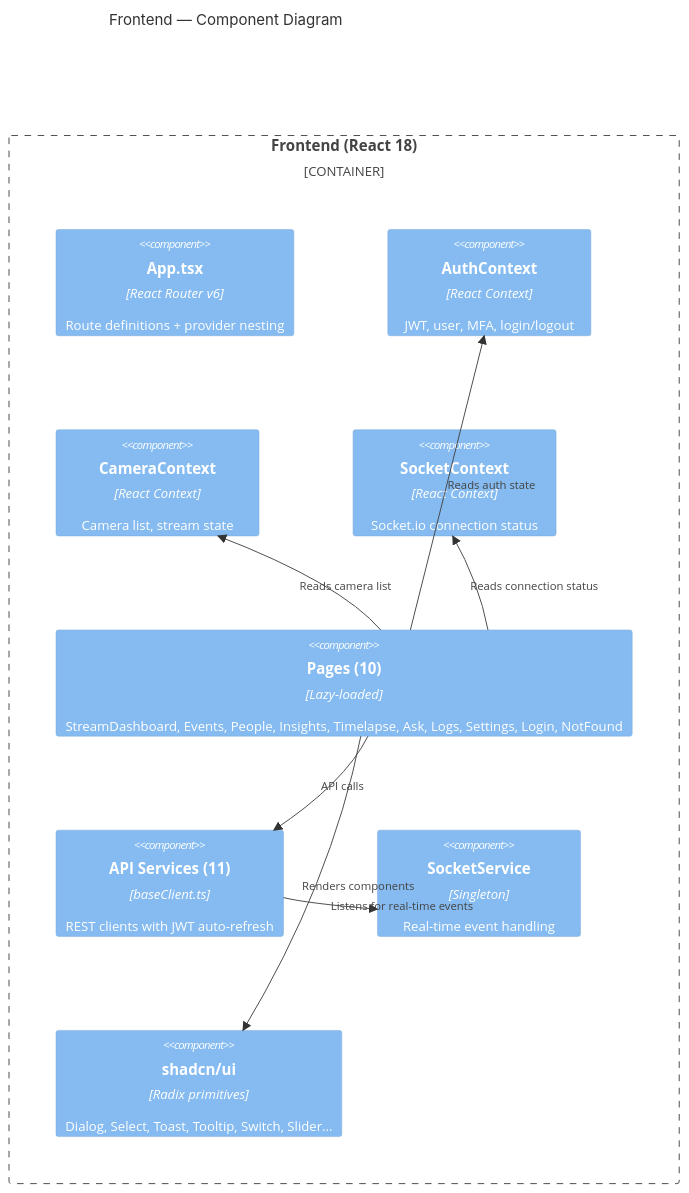
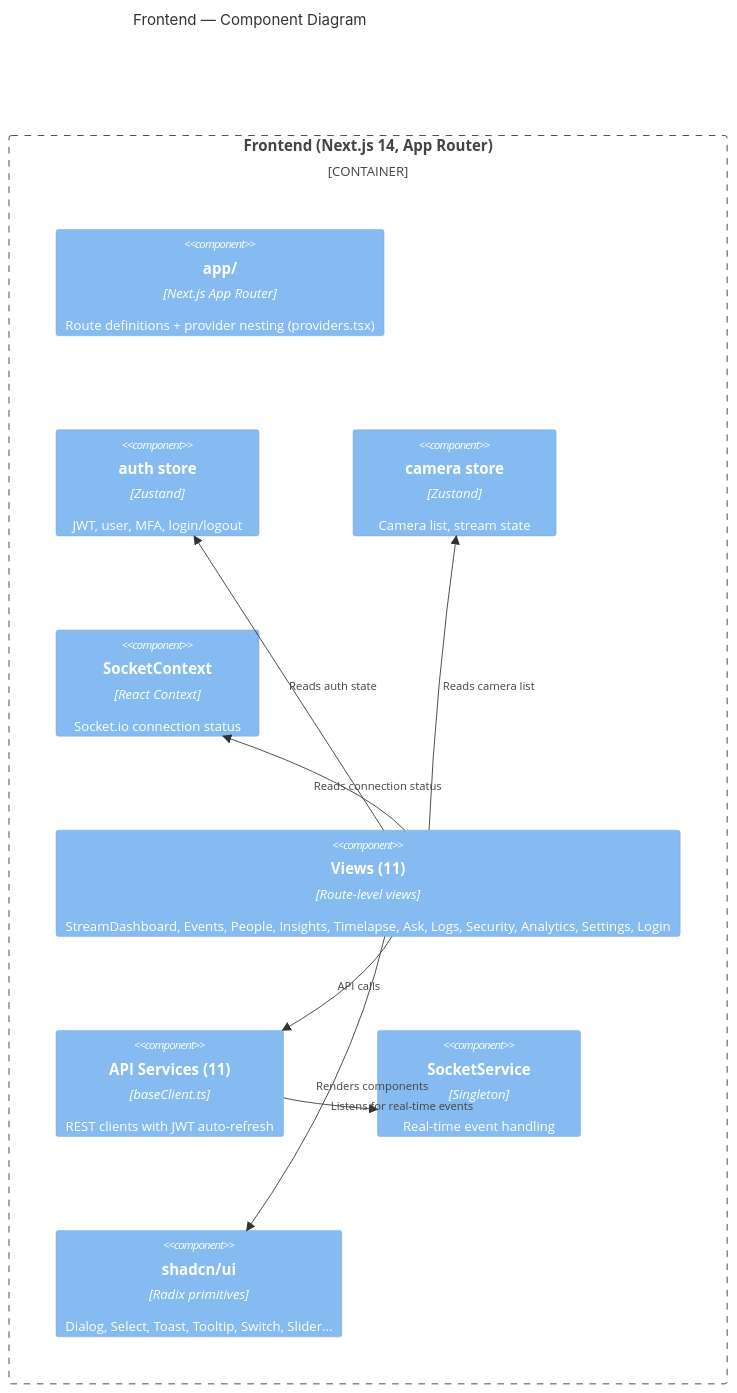
One commit to barunTayenjam/casa-visitor-guardian changed the third of 5 diagrams in docs/ARCHITECTURE.md. Above: the diagram before and after it, drawn with Mermaid. The commit also changed other lines of this file and 10 other files, not shown here.

````diff
--- a/docs/ARCHITECTURE.md
+++ b/docs/ARCHITECTURE.md
@@ -74,22 +74,22 @@
 ```mermaid
 C4Component
     title Frontend — Component Diagram
 
-    Container_Boundary(fe, "Frontend (React 18)") {
-        Component(app, "App.tsx", "React Router v6", "Route definitions + provider nesting")
-        Component(auth, "AuthContext", "React Context", "JWT, user, MFA, login/logout")
-        Component(camera, "CameraContext", "React Context", "Camera list, stream state")
+    Container_Boundary(fe, "Frontend (Next.js 14, App Router)") {
+        Component(app, "app/", "Next.js App Router", "Route definitions + provider nesting (providers.tsx)")
+        Component(auth, "auth store", "Zustand", "JWT, user, MFA, login/logout")
+        Component(camera, "camera store", "Zustand", "Camera list, stream state")
         Component(socketCtx, "SocketContext", "React Context", "Socket.io connection status")
-        Component(pages, "Pages (10)", "Lazy-loaded", "StreamDashboard, Events, People, Insights, Timelapse, Ask, Logs, Settings, Login, NotFound")
+        Component(views, "Views (11)", "Route-level views", "StreamDashboard, Events, People, Insights, Timelapse, Ask, Logs, Security, Analytics, Settings, Login")
         Component(services, "API Services (11)", "baseClient.ts", "REST clients with JWT auto-refresh")
         Component(socketSvc, "SocketService", "Singleton", "Real-time event handling")
         Component(ui, "shadcn/ui", "Radix primitives", "Dialog, Select, Toast, Tooltip, Switch, Slider...")
     }
 
-    Rel(pages, auth, "Reads auth state")
-    Rel(pages, camera, "Reads camera list")
-    Rel(pages, services, "API calls")
-    Rel(pages, ui, "Renders components")
-    Rel(pages, socketCtx, "Reads connection status")
+    Rel(views, auth, "Reads auth state")
+    Rel(views, camera, "Reads camera list")
+    Rel(views, services, "API calls")
+    Rel(views, ui, "Renders components")
+    Rel(views, socketCtx, "Reads connection status")
     Rel(services, socketSvc, "Listens for real-time events")
 ```
````
